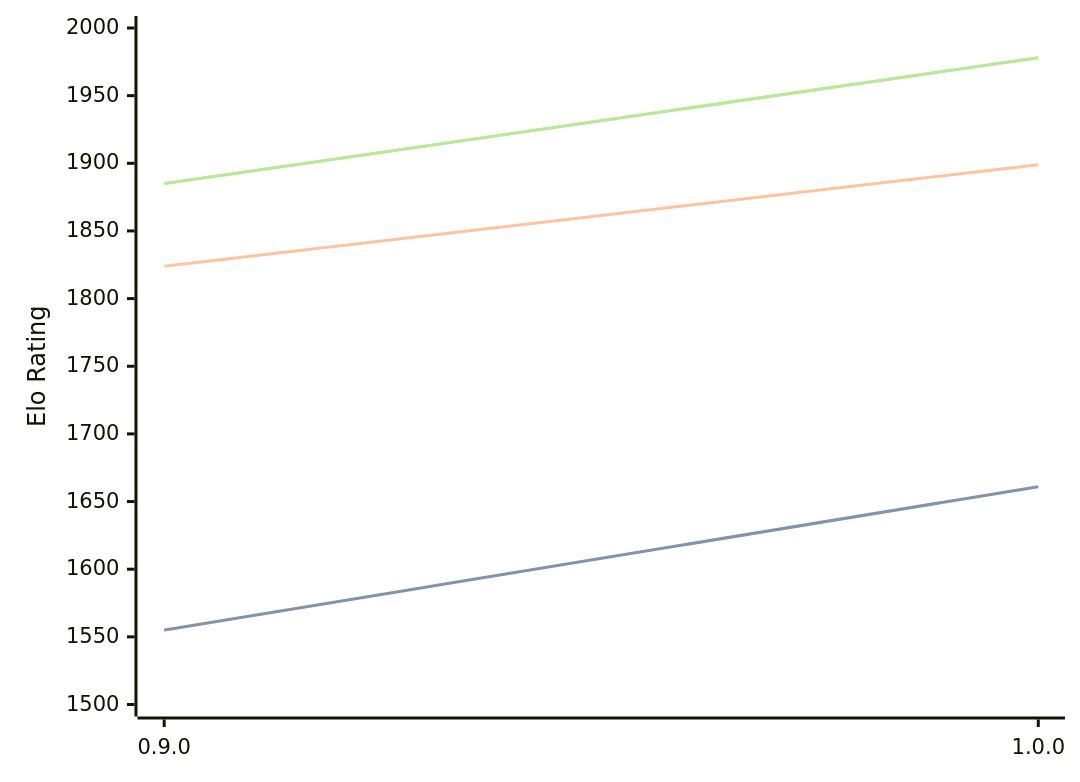
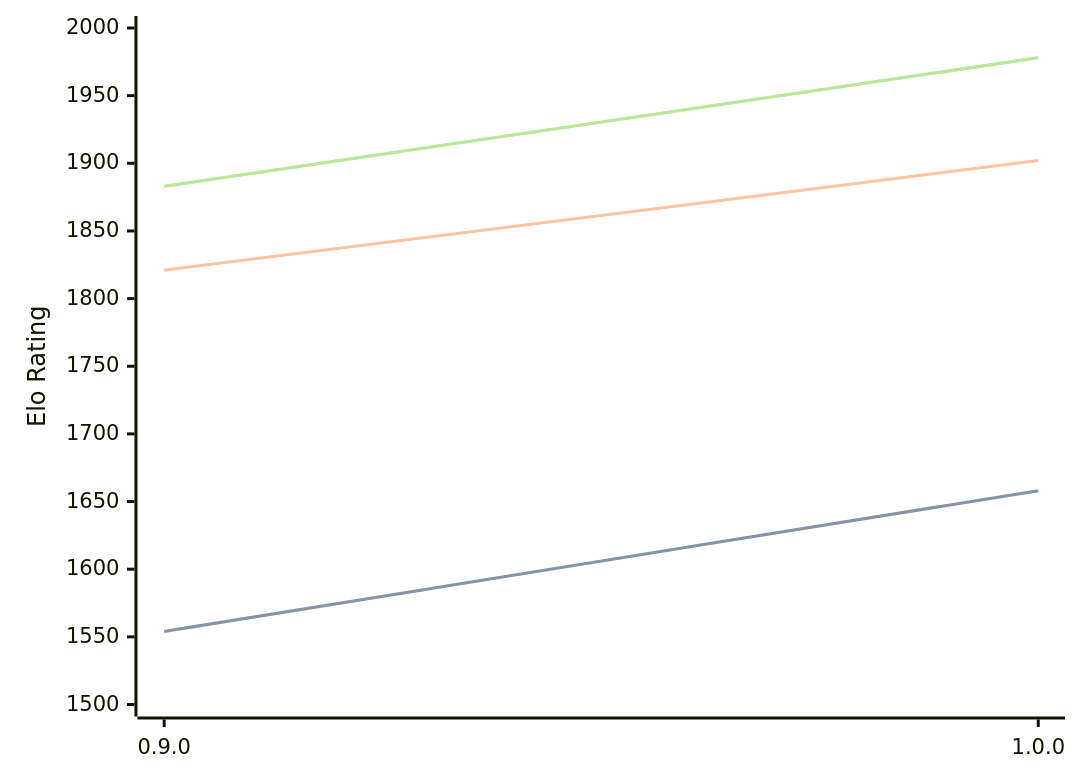
Before and after one commit to computer-chess-index/cci: the diagram in engines/Ratsu.md, drawn with Mermaid. The commit also changed other lines of this file, not shown here.

Commit message:
Update CCI Ratings (ELO VLTC) - 2026-04-01

````diff
--- a/engines/Ratsu.md
+++ b/engines/Ratsu.md
@@ -32,11 +32,11 @@
 ```mermaid
 %%{init: {"theme":"base","themeVariables":{"seriesColors:['#a3a3a3','#222221','#faa371']}}}%%
 xychart-beta
   x-axis ["0.9.0", "1.0.0"]
   y-axis "Elo Rating" 1500 --> 2000
-  line "STC (8.0+0.08s)" [1555, 1661]
-  line "STC (8.0+0.08s)" [1555, 1661]
-  line "LTC (60.0+0.60s)" [1824, 1899]
-  line "VLTC (2m24s+1.12s)" [1885, 1978]
-  line "VLTC (2m24s+1.12s)" [1885, 1978]
+  line "STC (8.0+0.08s)" [1554, 1658]
+  line "STC (8.0+0.08s)" [1554, 1658]
+  line "LTC (60.0+0.60s)" [1821, 1902]
+  line "VLTC (2m24s+1.12s)" [1883, 1978]
+  line "VLTC (2m24s+1.12s)" [1883, 1978]
 ```
````
